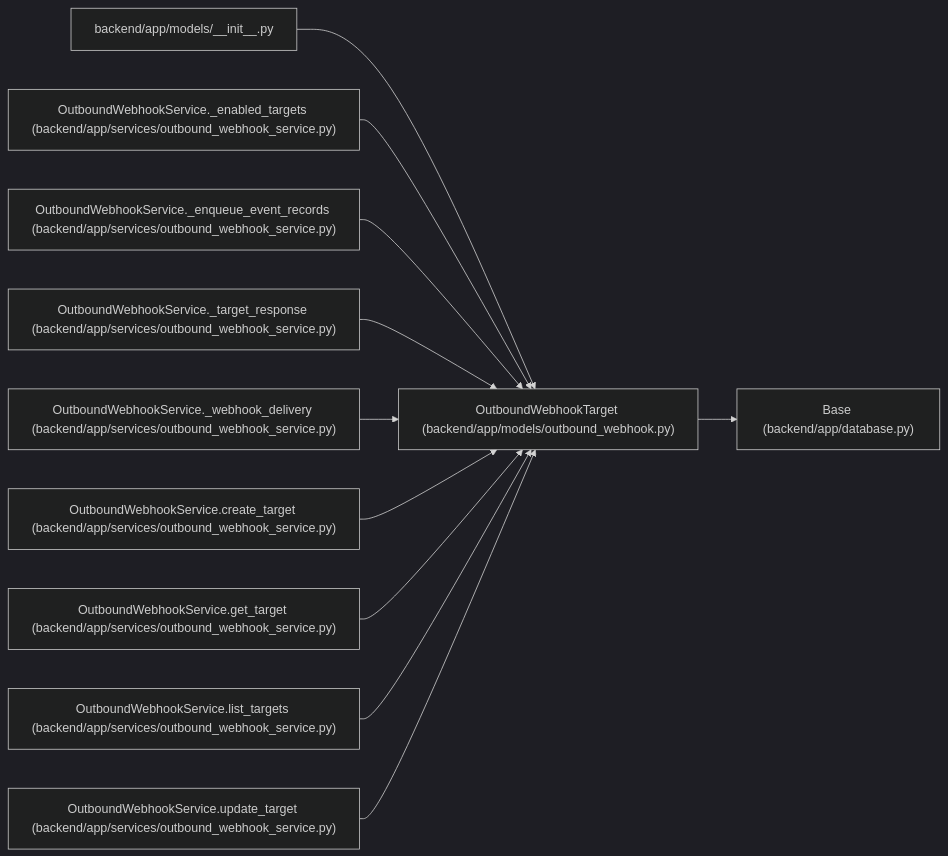
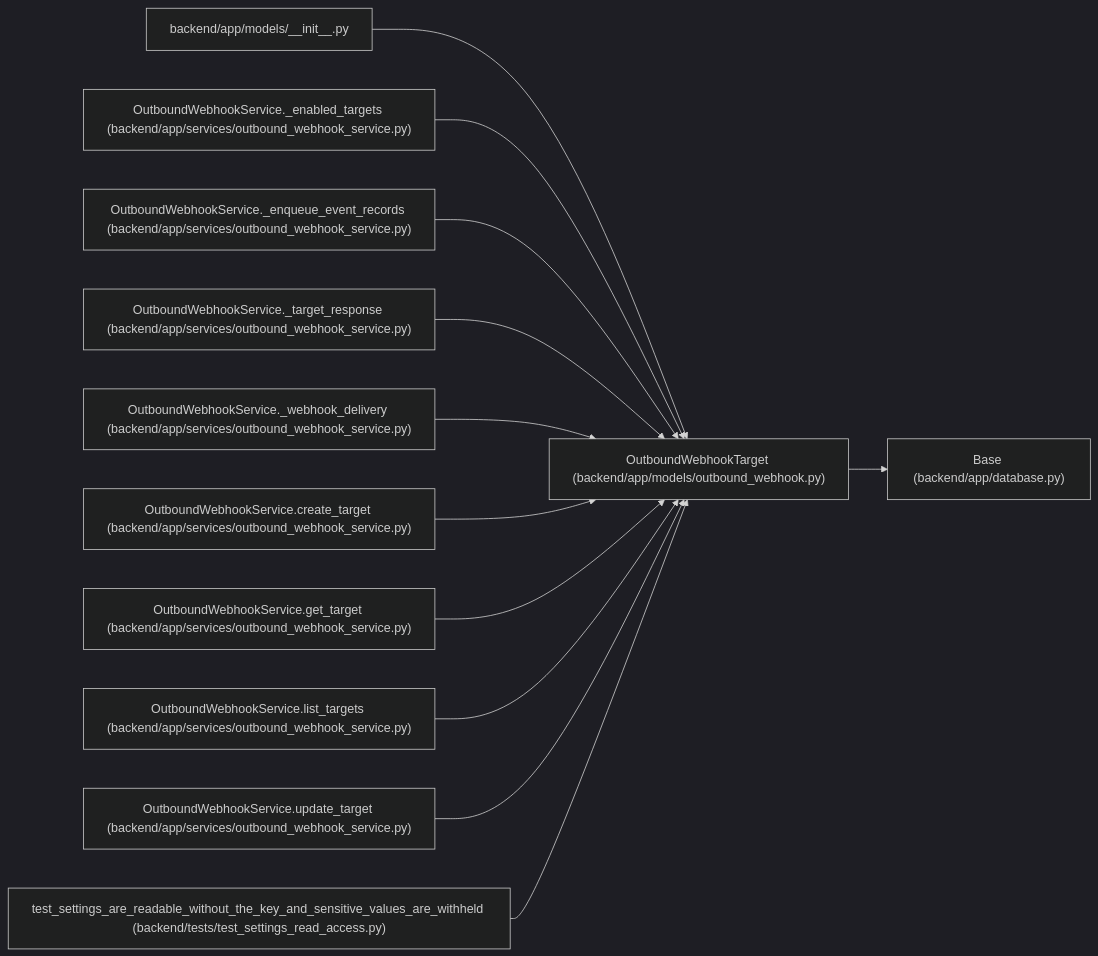
Before and after one commit to Denissvgn/WorkChord: the diagram in docs/llm_wiki/entities/models_outbound_webhook_OutboundWebhookTarget.md, drawn with Mermaid (dark theme). The commit also changed other lines of this file and 524 other files, not shown here.

````diff
--- a/docs/llm_wiki/entities/models_outbound_webhook_OutboundWebhookTarget.md
+++ b/docs/llm_wiki/entities/models_outbound_webhook_OutboundWebhookTarget.md
@@ -35,35 +35,38 @@
 ```mermaid
 flowchart LR
     n0["OutboundWebhookTarget (backend/app/models/outbound_webhook.py)"]
     n1["Base (backend/app/database.py)"]
     n2["backend/app/models/__init__.py"]
     n3["OutboundWebhookService._enabled_targets (backend/app/services/outbound_webhook_service.py)"]
     n4["OutboundWebhookService._enqueue_event_records (backend/app/services/outbound_webhook_service.py)"]
     n5["OutboundWebhookService._target_response (backend/app/services/outbound_webhook_service.py)"]
     n6["OutboundWebhookService._webhook_delivery (backend/app/services/outbound_webhook_service.py)"]
     n7["OutboundWebhookService.create_target (backend/app/services/outbound_webhook_service.py)"]
     n8["OutboundWebhookService.get_target (backend/app/services/outbound_webhook_service.py)"]
     n9["OutboundWebhookService.list_targets (backend/app/services/outbound_webhook_service.py)"]
     n10["OutboundWebhookService.update_target (backend/app/services/outbound_webhook_service.py)"]
+    n11["test_settings_are_readable_without_the_key_and_sensitive_values_are_withheld (backend/tests/test_settings_read_access.py)"]
     n0 --> n1
     n2 --> n0
     n3 --> n0
     n4 --> n0
     n5 --> n0
     n6 --> n0
     n7 --> n0
     n8 --> n0
     n9 --> n0
     n10 --> n0
+    n11 --> n0
     click n0 "../modules/models_outbound_webhook.md"
     click n1 "../modules/app_database.md"
     click n2 "../modules/models___init__.md"
     click n3 "../modules/outbound_webhook_service.md"
     click n4 "../modules/outbound_webhook_service.md"
     click n5 "../modules/outbound_webhook_service.md"
     click n6 "../modules/outbound_webhook_service.md"
     click n7 "../modules/outbound_webhook_service.md"
     click n8 "../modules/outbound_webhook_service.md"
     click n9 "../modules/outbound_webhook_service.md"
     click n10 "../modules/outbound_webhook_service.md"
+    click n11 "../modules/test_settings_read_access.md"
 ```
````
